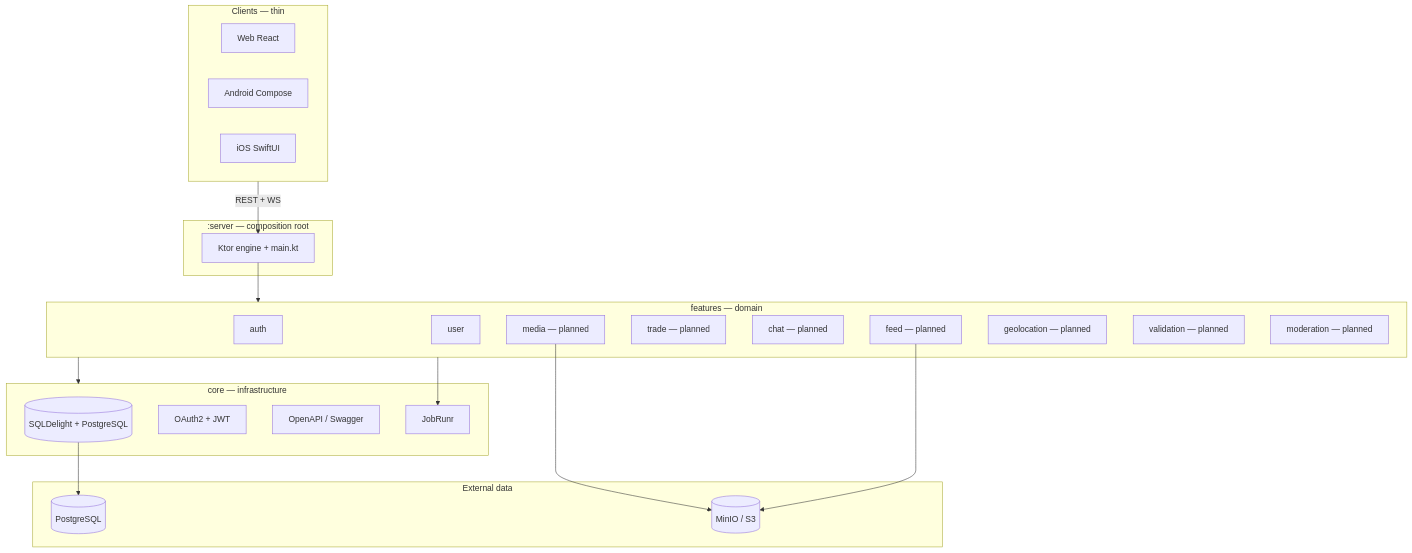
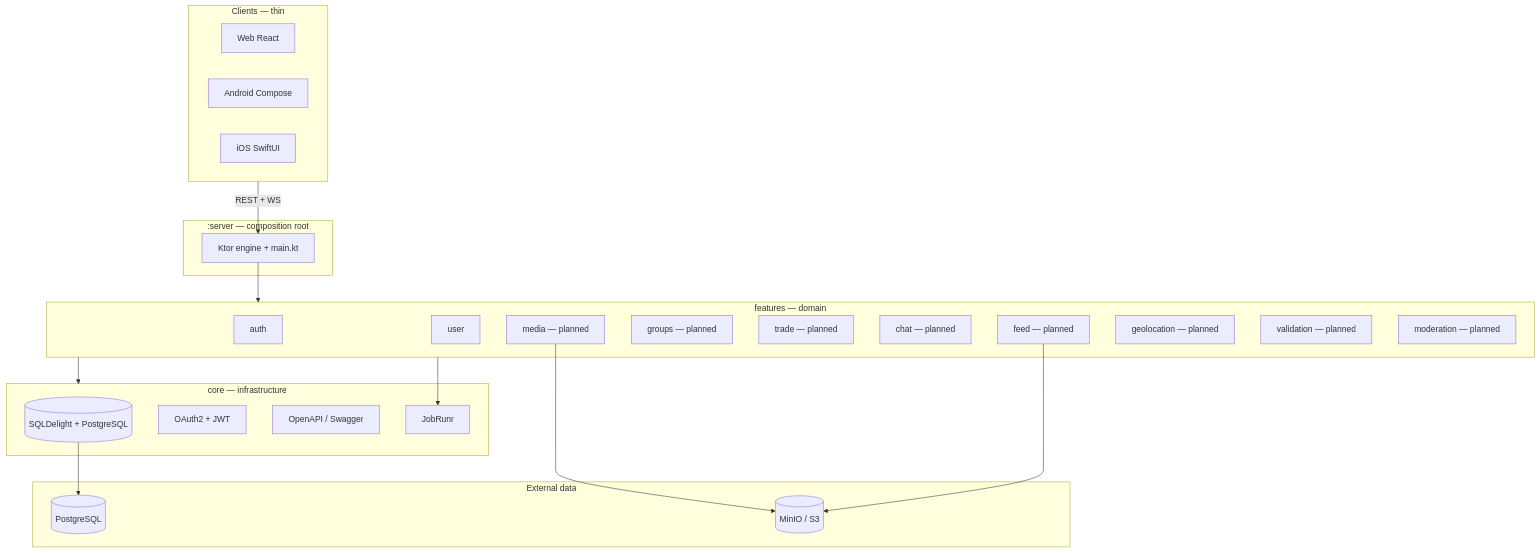
The diagram in docs/architecture.md (bieniucieniu/zula), drawn with Mermaid before and after one commit. The commit also changed other lines of this file and 11 other files, not shown here.

````diff
--- a/docs/architecture.md
+++ b/docs/architecture.md
@@ -112,44 +112,45 @@
 ```mermaid
 flowchart TB
     subgraph clients [Clients — thin]
         web[Web React]
         android[Android Compose]
         ios[iOS SwiftUI]
     end
 
     subgraph server [":server — composition root"]
         ktor[Ktor engine + main.kt]
     end
 
     subgraph core [core — infrastructure]
         db[(SQLDelight + PostgreSQL)]
         sec[OAuth2 + JWT]
         oapi[OpenAPI / Swagger]
         jobs[JobRunr]
     end
 
     subgraph features [features — domain]
         auth[auth]
         user[user]
         feed[feed — planned]
+        groups[groups — planned]
         trade[trade — planned]
         chat[chat — planned]
         media[media — planned]
         geo[geolocation — planned]
         val[validation — planned]
         mod[moderation — planned]
     end
 
   subgraph data [External data]
         pg[(PostgreSQL)]
         s3[(MinIO / S3)]
     end
 
     clients -->|REST + WS| ktor
     ktor --> features
     features --> core
     db --> pg
     media --> s3
     feed --> s3
     features --> jobs
 ```
````
